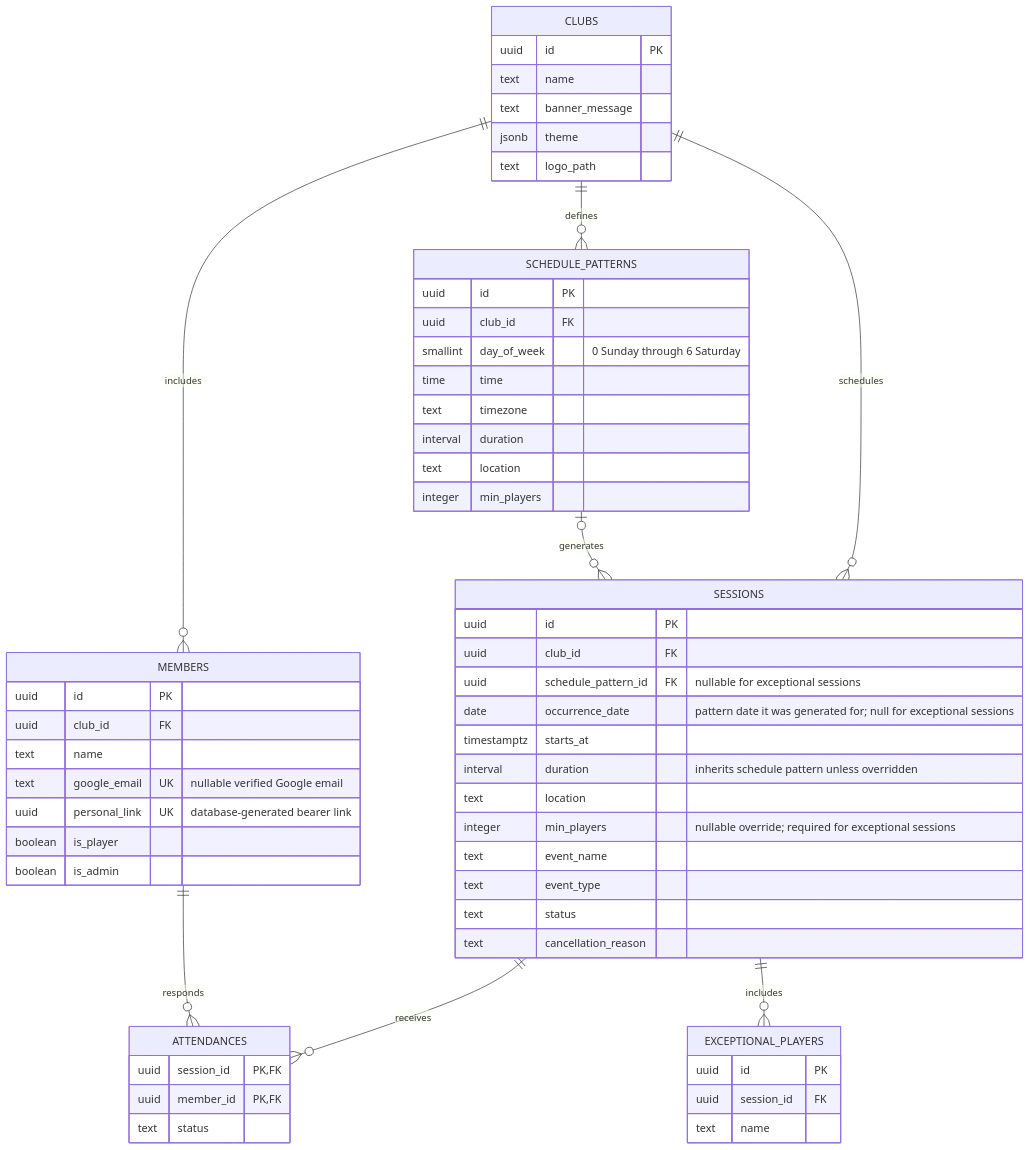
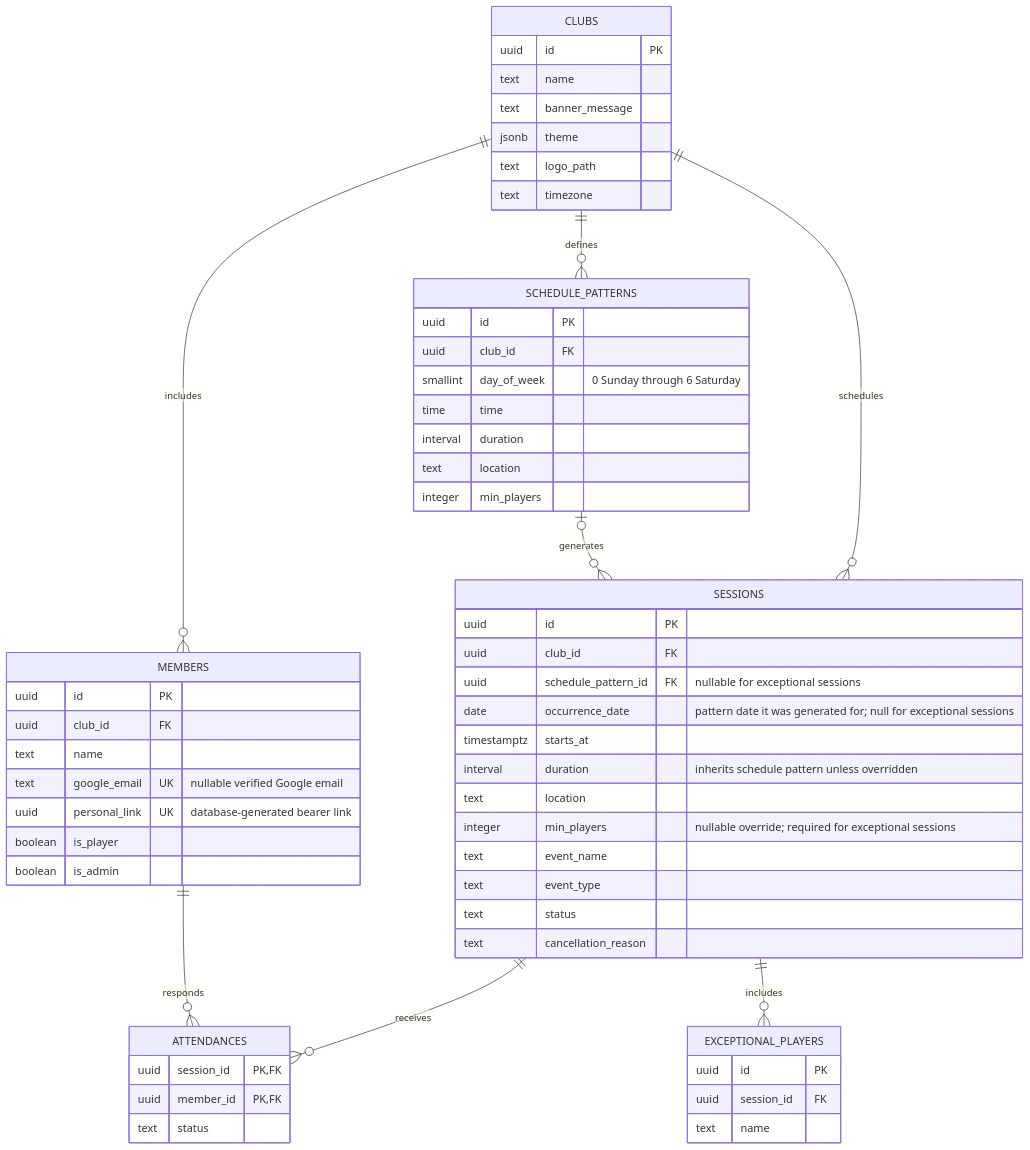
One commit to mikebarais/playcount changed the diagram in documentation/PlayCount_Functional_Requirements_Final.md. Above: the diagram before and after it, drawn with Mermaid. The commit also changed other lines of this file and 8 other files, not shown here.

````diff
--- a/documentation/PlayCount_Functional_Requirements_Final.md
+++ b/documentation/PlayCount_Functional_Requirements_Final.md
@@ -187,66 +189,66 @@
 ```mermaid
 erDiagram
 	CLUBS {
 		uuid id PK
 		text name
 		text banner_message
 		jsonb theme
 		text logo_path
+		text timezone
 	}
 
 	MEMBERS {
 		uuid id PK
 		uuid club_id FK
 		text name
 		text google_email UK "nullable verified Google email"
 		uuid personal_link UK "database-generated bearer link"
 		boolean is_player
 		boolean is_admin
 	}
 
 	SCHEDULE_PATTERNS {
 		uuid id PK
 		uuid club_id FK
 		smallint day_of_week "0 Sunday through 6 Saturday"
 		time time
-		text timezone
 		interval duration
 		text location
 		integer min_players
 	}
 
 	SESSIONS {
 		uuid id PK
 		uuid club_id FK
 		uuid schedule_pattern_id FK "nullable for exceptional sessions"
 		date occurrence_date "pattern date it was generated for; null for exceptional sessions"
 		timestamptz starts_at
 		interval duration "inherits schedule pattern unless overridden"
 		text location
 		integer min_players "nullable override; required for exceptional sessions"
 		text event_name
 		text event_type
 		text status
 		text cancellation_reason
 	}
 
 	ATTENDANCES {
 		uuid session_id PK, FK
 		uuid member_id PK, FK
 		text status
 	}
 
 	EXCEPTIONAL_PLAYERS {
 		uuid id PK
 		uuid session_id FK
 		text name
 	}
 
 	CLUBS ||--o{ MEMBERS : includes
 	CLUBS ||--o{ SCHEDULE_PATTERNS : defines
 	SCHEDULE_PATTERNS o|--o{ SESSIONS : generates
 	CLUBS ||--o{ SESSIONS : schedules
 	SESSIONS ||--o{ ATTENDANCES : receives
 	MEMBERS ||--o{ ATTENDANCES : responds
 	SESSIONS ||--o{ EXCEPTIONAL_PLAYERS : includes
 ```
````
